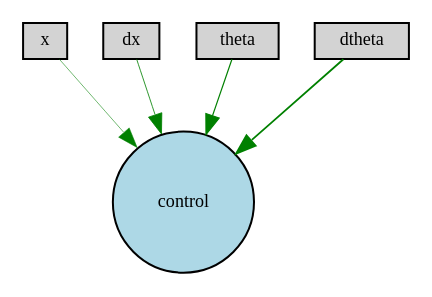
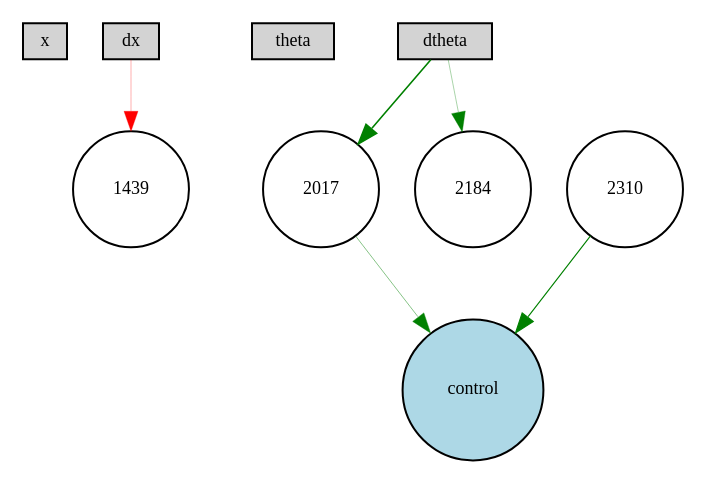
One commit to felix0901/NEAT changed the diagram in examples/single-pole-balancing/winner-feedforward-enabled-pruned.gv. Above: the diagram before and after it, drawn with Graphviz. The commit also changed 20 other files, not shown here.

```diff
--- a/examples/single-pole-balancing/winner-feedforward-enabled-pruned.gv
+++ b/examples/single-pole-balancing/winner-feedforward-enabled-pruned.gv
@@ -1,12 +1,15 @@
 digraph {
 	node [fontsize=9 height=0.2 shape=circle width=0.2]
 	x [fillcolor=lightgray shape=box style=filled]
 	dx [fillcolor=lightgray shape=box style=filled]
 	theta [fillcolor=lightgray shape=box style=filled]
 	dtheta [fillcolor=lightgray shape=box style=filled]
 	control [fillcolor=lightblue style=filled]
-	dtheta -> control [color=green penwidth=0.8954824527741475 style=solid]
-	theta -> control [color=green penwidth=0.5845487187143956 style=solid]
-	dx -> control [color=green penwidth=0.40687288729113 style=solid]
-	x -> control [color=green penwidth=0.28156425949056874 style=solid]
+	2017 [fillcolor=white style=filled]
+	2310 [fillcolor=white style=filled]
+	dx -> 1439 [color=red penwidth=0.1568837049507772 style=solid]
+	dtheta -> 2017 [color=green penwidth=0.8047323853698989 style=solid]
+	2017 -> control [color=green penwidth=0.24266026298012347 style=solid]
+	dtheta -> 2184 [color=green penwidth=0.16547266893453494 style=solid]
+	2310 -> control [color=green penwidth=0.5600302436273658 style=solid]
 }
```
